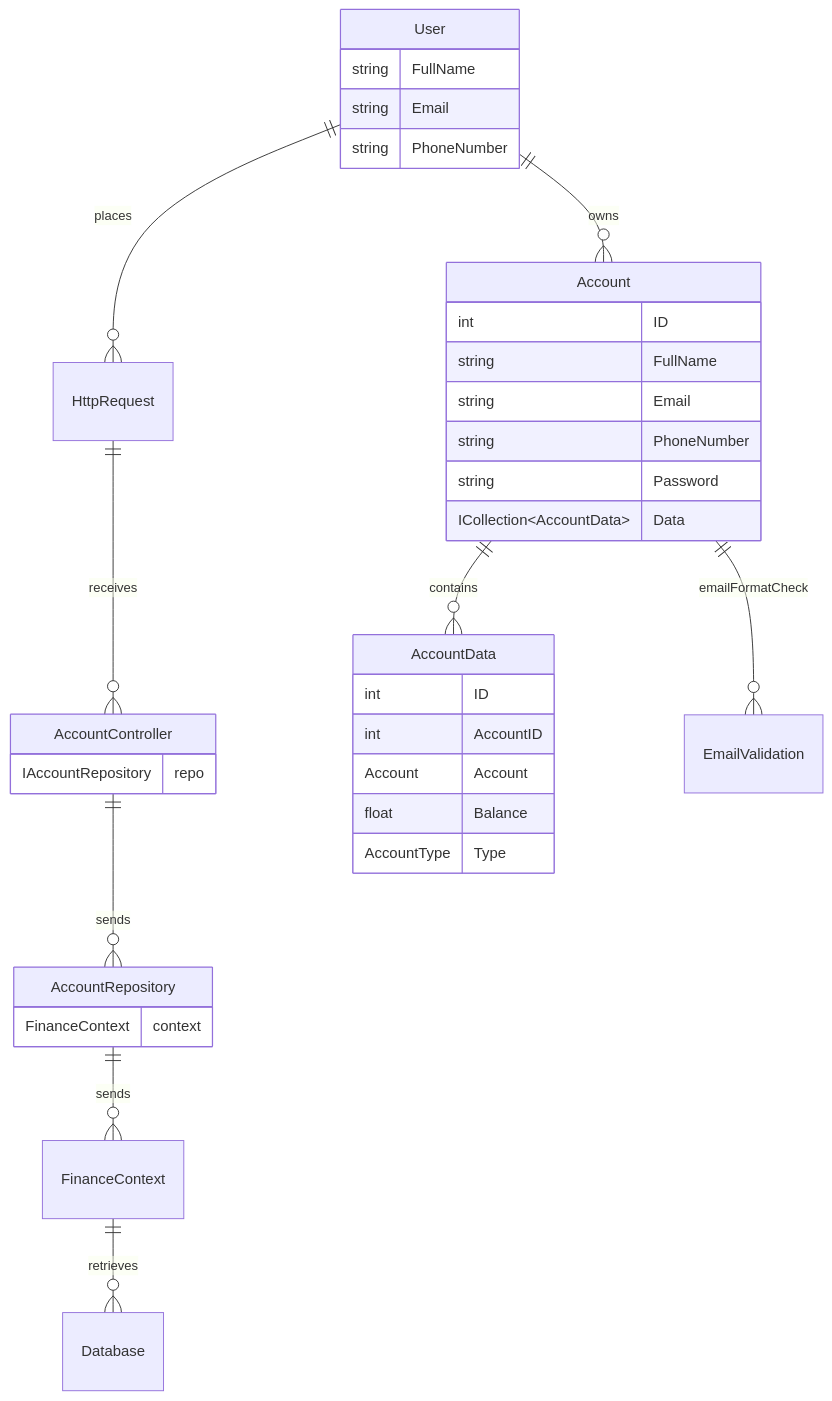
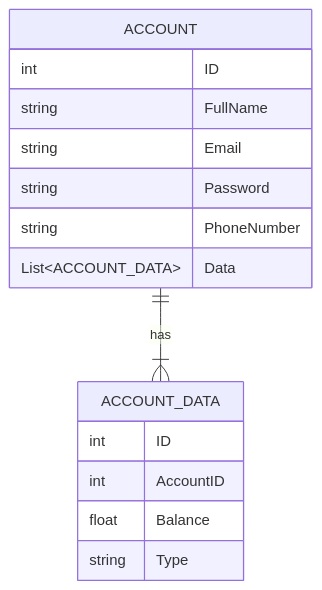
One commit to JET-NilsM/Practice-FinanceApp changed the diagram in TransactionService/Docs/Diagrams/ERDiagram.md. Above: the diagram before and after it, drawn with Mermaid. The commit also changed 6 other files, not shown here.

Commit message:
Recreated ER diagram, small updates to class and sequence

````diff
--- a/TransactionService/Docs/Diagrams/ERDiagram.md
+++ b/TransactionService/Docs/Diagrams/ERDiagram.md
@@ -1,41 +1,21 @@
 ```mermaid
 erDiagram
-User ||--o{ HttpRequest : places
-User ||--o{ Account : owns
-HttpRequest ||--o{ AccountController : receives
-AccountController ||--o{ AccountRepository : sends
-AccountRepository ||--o{ FinanceContext : sends
-FinanceContext ||--o{ Database : retrieves
-Account ||--o{ AccountData : contains
-Account ||--o{ EmailValidation : emailFormatCheck
-User {
-string FullName
-string Email
-string PhoneNumber
-}
-
-    AccountController {
-        IAccountRepository repo
-    }
-
-    AccountRepository { 
-        FinanceContext context
-    }
-
-    Account {
+    ACCOUNT { 
         int ID
         string FullName
         string Email
+        string Password
         string PhoneNumber
-        string Password
-        ICollection~AccountData~ Data
+        List~ACCOUNT_DATA~ Data
     }
-
-    AccountData{
+    
+    ACCOUNT_DATA{
         int ID
         int AccountID
-        Account Account
         float Balance
-        AccountType Type
+        string Type
     }
+    
+    ACCOUNT ||--|{ ACCOUNT_DATA : has
+    
 ```
````
